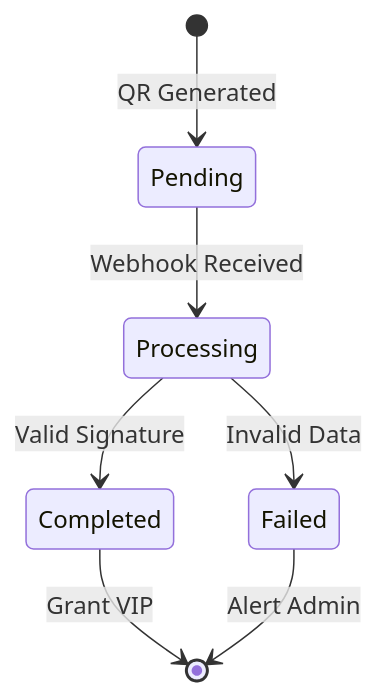
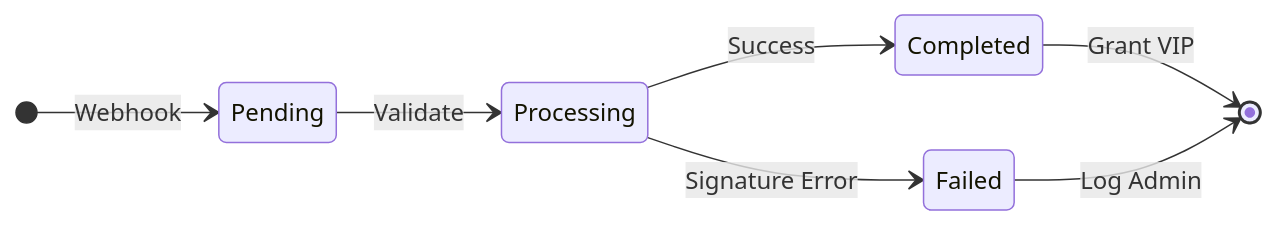
One commit to thanhphandev/lexivocab-slides changed the fourth of 4 diagrams in slides.md. Above: the diagram before and after it, drawn with Mermaid. The commit also changed other lines of this file and 2 other files, not shown here.

````diff
--- a/slides.md
+++ b/slides.md
@@ -929,9 +929,10 @@
 ```mermaid
 stateDiagram-v2
-[*] --> Pending : QR Generated
-Pending --> Processing : Webhook Received
-Processing --> Completed : Valid Signature
-Processing --> Failed : Invalid Data
+direction LR
+[*] --> Pending : Webhook
+Pending --> Processing : Validate
+Processing --> Completed : Success
+Processing --> Failed : Signature Error
 Completed --> [*] : Grant VIP
-Failed --> [*] : Alert Admin
+Failed --> [*] : Log Admin
 ```
````
